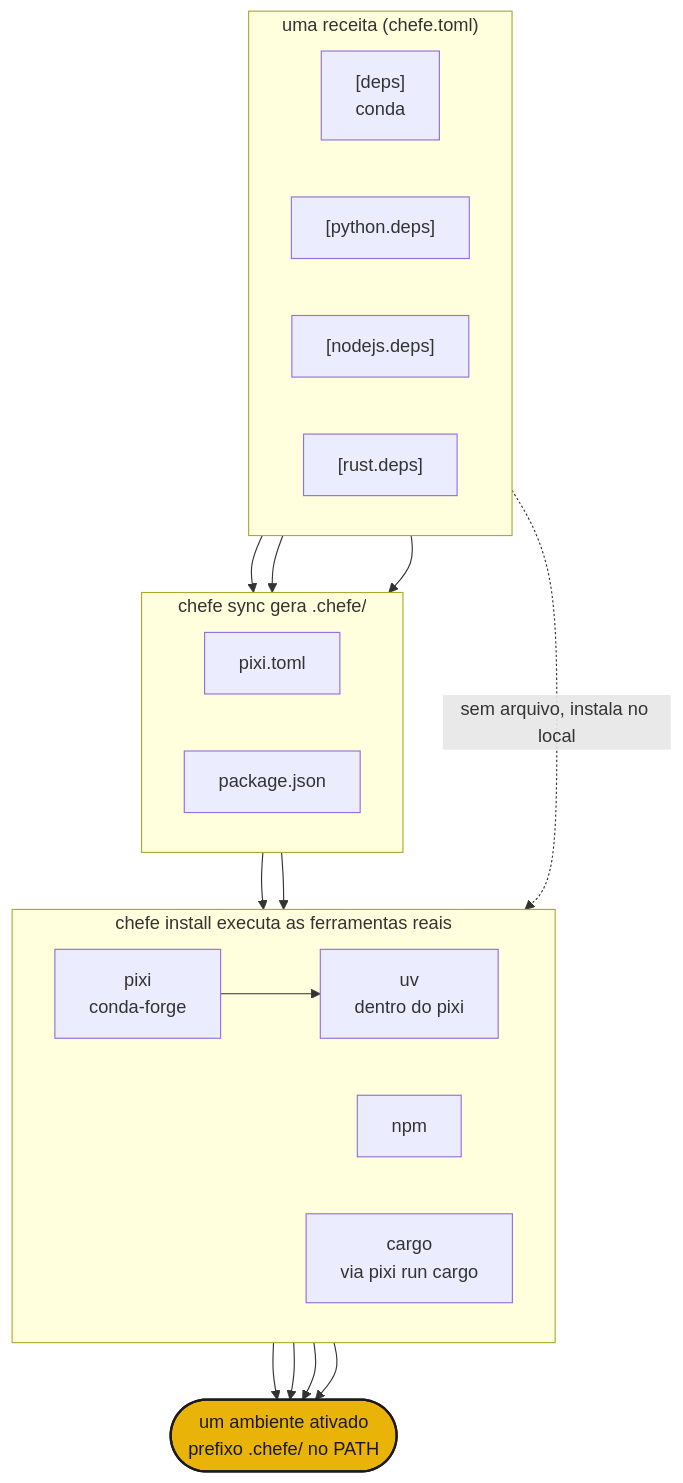
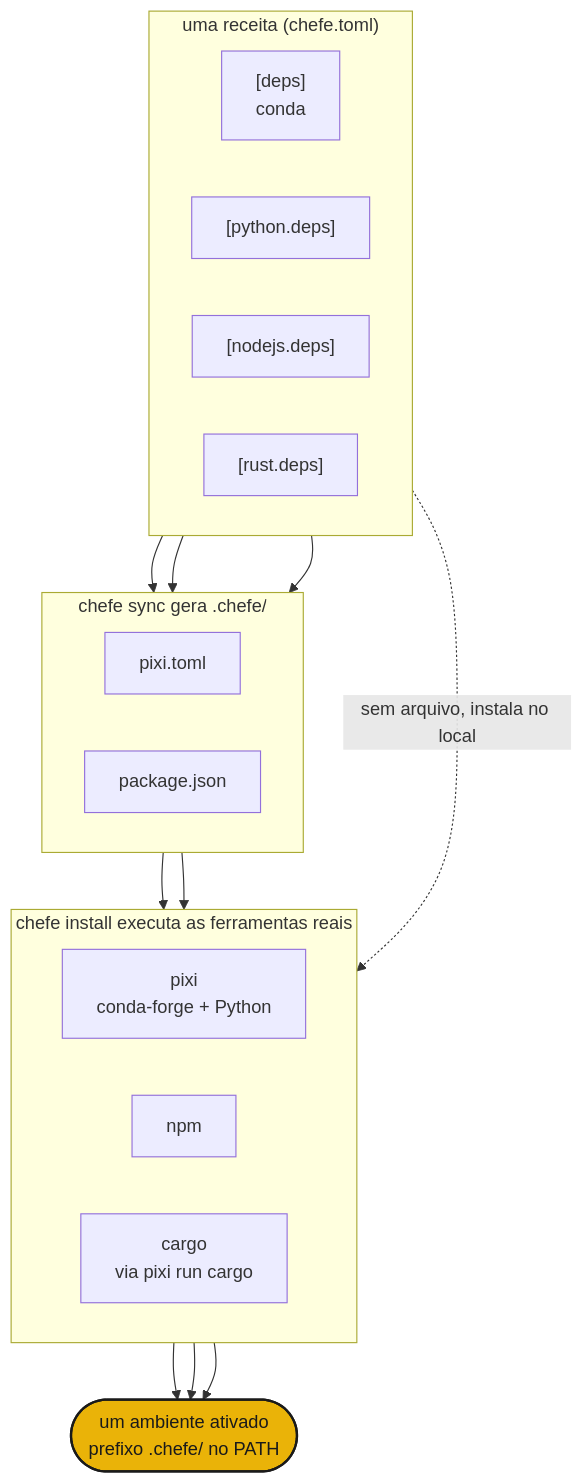
Before and after one commit to phvv-me/chefe: the diagram in docs/how-it-works.pt-BR.md, drawn with Mermaid. The commit also changed other lines of this file and 29 other files, not shown here.

````diff
--- a/docs/how-it-works.pt-BR.md
+++ b/docs/how-it-works.pt-BR.md
@@ -5,42 +5,39 @@
 ```mermaid
 flowchart TB
     subgraph recipe["uma receita (chefe.toml)"]
         direction LR
         D["[deps]<br/>conda"]
         PY["[python.deps]"]
         NP["[nodejs.deps]"]
         CG["[rust.deps]"]
     end
 
     subgraph compiled["chefe sync gera .chefe/"]
         direction LR
         PT["pixi.toml"]
         PJ["package.json"]
     end
 
     subgraph solve["chefe install executa as ferramentas reais"]
         direction LR
-        PIXI["pixi<br/>conda-forge"]
-        UV["uv<br/>dentro do pixi"]
+        PIXI["pixi<br/>conda-forge + Python"]
         NPM["npm"]
         CARGO["cargo<br/>via pixi run cargo"]
     end
 
     ENV(["um ambiente ativado<br/>prefixo .chefe/ no PATH"]):::brand
 
     D --> PT
     PY --> PT
     NP --> PJ
     CG -. sem arquivo, instala no local .-> CARGO
 
     PT --> PIXI
-    PIXI --> UV
     PJ --> NPM
 
     PIXI --> ENV
-    UV --> ENV
     NPM --> ENV
     CARGO --> ENV
 
     classDef brand fill:#eab308,stroke:#1a1a1a,stroke-width:2px,color:#1a1a1a;
 ```
````
